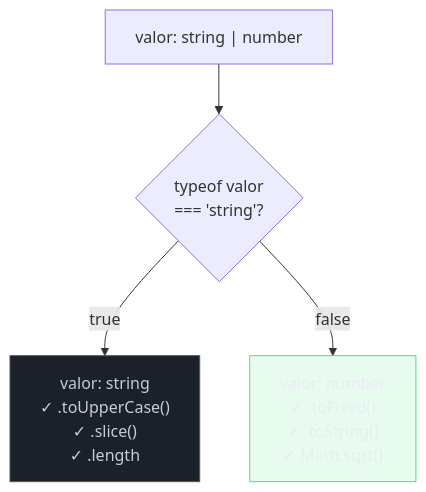
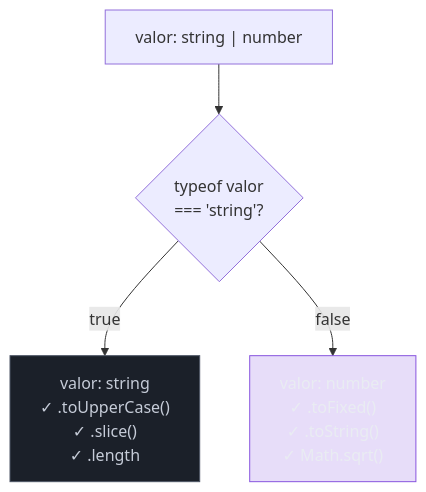
Before and after one commit to josenaldo/codex-technomanticus: the first of 5 diagrams in 03-Dominios/Tecnologia/TypeScript/09 - Type narrowing e type guards.md, drawn with Mermaid. The commit also changed other lines of this file and 601 other files, not shown here.

````diff
--- a/03-Dominios/Tecnologia/TypeScript/09 - Type narrowing e type guards.md
+++ b/03-Dominios/Tecnologia/TypeScript/09 - Type narrowing e type guards.md
@@ -41,16 +41,16 @@
 ```mermaid
 flowchart TD
+    classDef marca fill:#8855DF33,stroke:#8855DF,color:#E9ECF2
     classDef neutro fill:#1B2029,stroke:#4E5666,color:#C6CCD8
-    classDef ok fill:#4ADE8021,stroke:#4ADE80,color:#E9ECF2
     START["valor: string | number"]
     CHECK{"typeof valor\n=== 'string'?"}
     STR["valor: string\n✓ .toUpperCase()\n✓ .slice()\n✓ .length"]
     NUM["valor: number\n✓ .toFixed()\n✓ .toString()\n✓ Math.sqrt()"]
 
     START --> CHECK
     CHECK -->|"true"| STR
     CHECK -->|"false"| NUM
 
     class STR neutro
-    class NUM ok
+    class NUM marca
 ```
````
